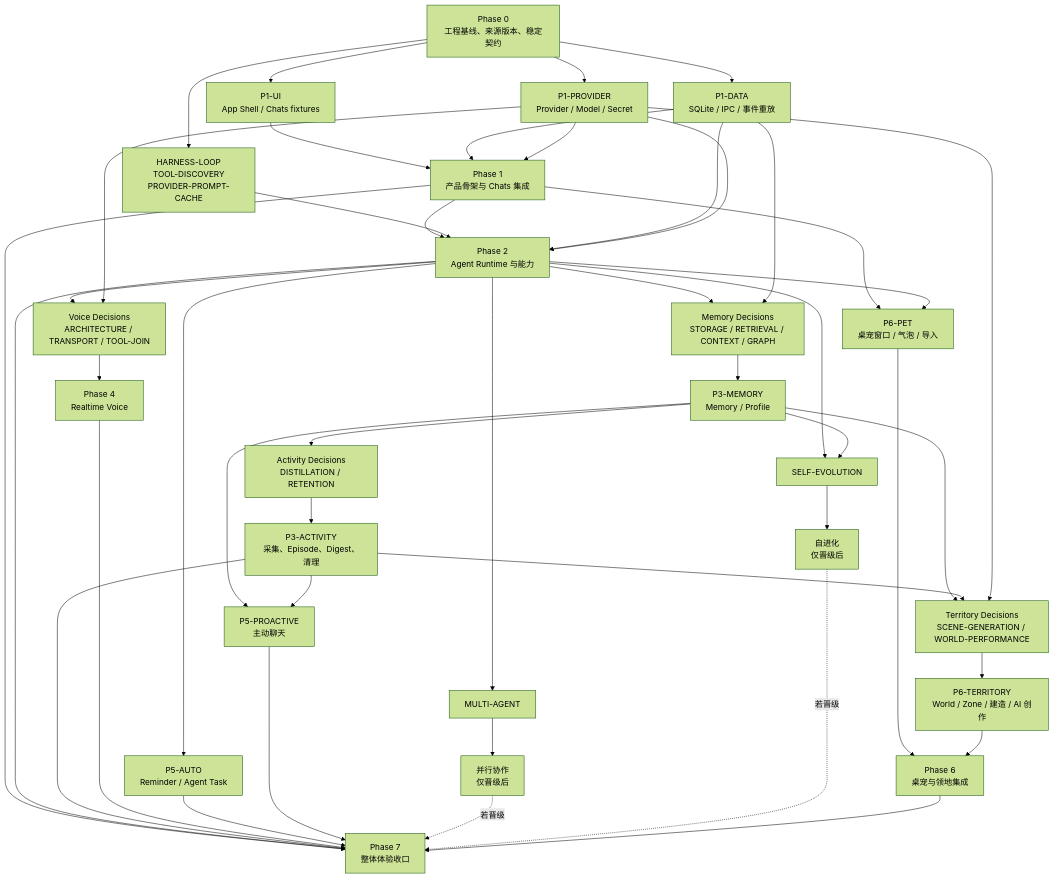
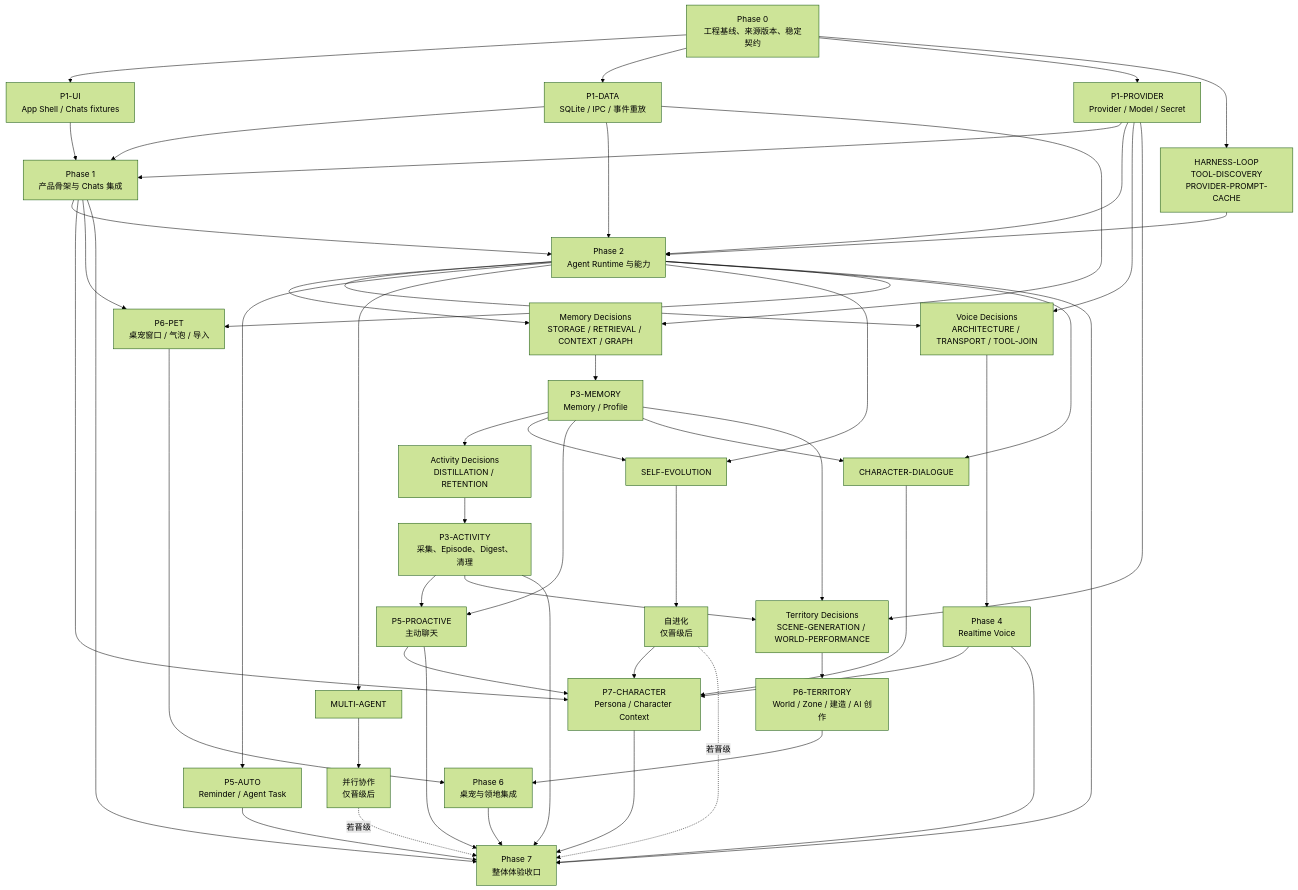
One commit to MicroYui/chara-mate changed the diagram in docs/progress/ROADMAP.md. Above: the diagram before and after it, drawn with Mermaid (forest theme). The commit also changed other lines of this file and 104 other files, not shown here.

````diff
--- a/docs/progress/ROADMAP.md
+++ b/docs/progress/ROADMAP.md
@@ -57,6 +57,8 @@
     MA["并行协作<br/>仅晋级后"]
     SED["SELF-EVOLUTION"]
     SE["自进化<br/>仅晋级后"]
+    CD["CHARACTER-DIALOGUE"]
+    CHAR["P7-CHARACTER<br/>Persona / Character Context"]
 
     PET["P6-PET<br/>桌宠窗口 / 气泡 / 导入"]
     TD["Territory Decisions<br/>SCENE-GENERATION / WORLD-PERFORMANCE"]
@@ -96,6 +98,14 @@
     MEM --> PRO
     ACT --> PRO
 
+    P2 --> CD
+    MEM --> CD
+    CD --> CHAR
+    P1 --> CHAR
+    VOICE --> CHAR
+    PRO --> CHAR
+    SE --> CHAR
+
     P1 --> PET
     P2 --> PET
     MEM --> TD
@@ -114,4 +124,5 @@
     MA -.->|若晋级| P7
     SE -.->|若晋级| P7
     P6 --> P7
+    CHAR --> P7
 ```
````
